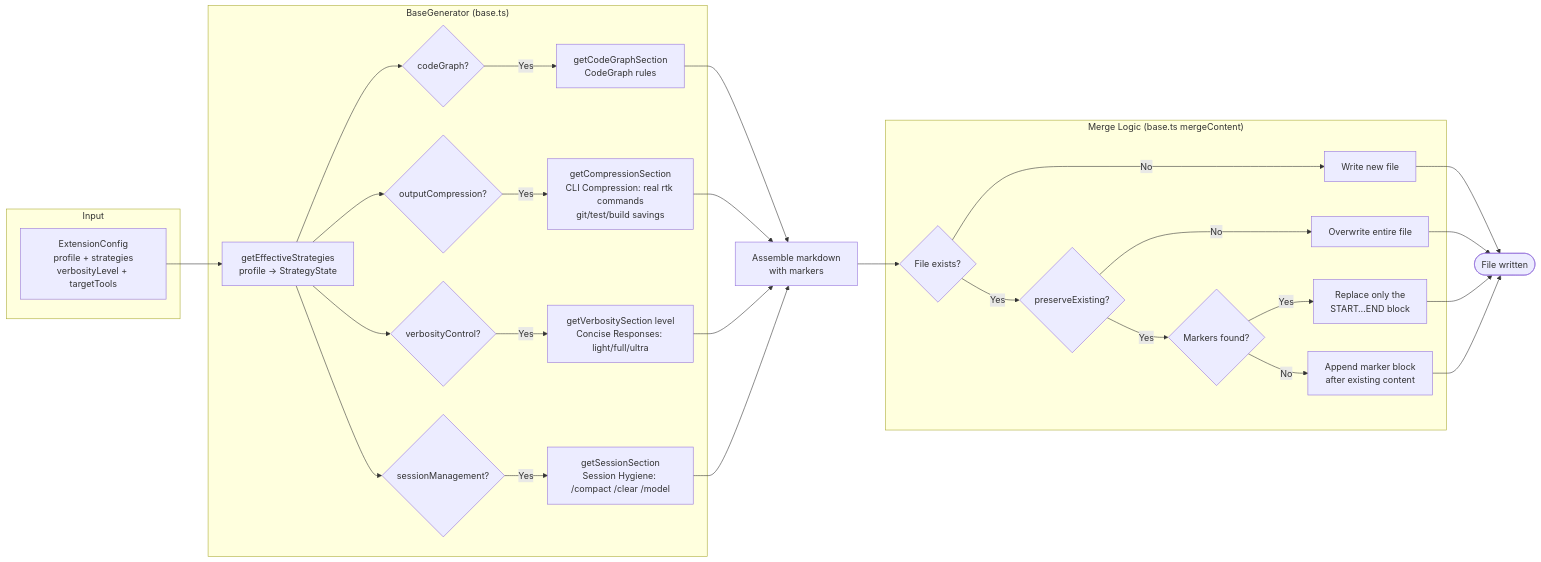
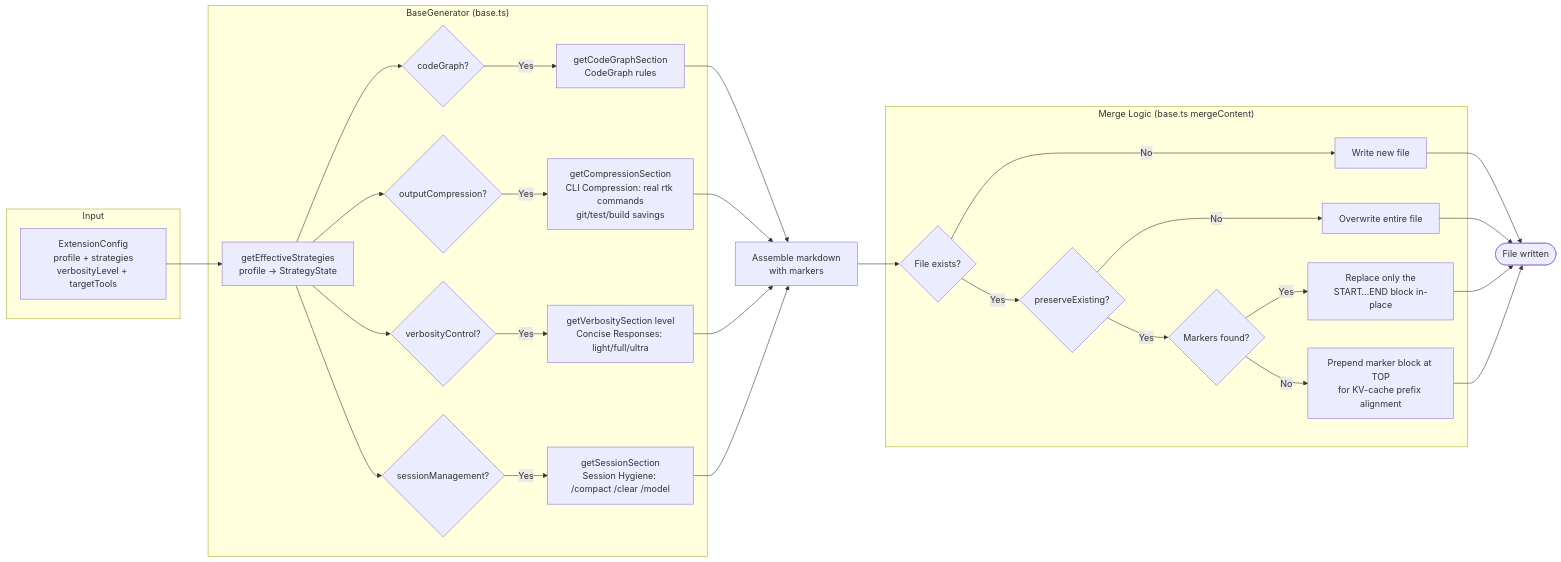
One commit to sarfudheen/tokenshield changed the seventh of 9 diagrams in ARCHITECTURE.md. Above: the diagram before and after it, drawn with Mermaid. The commit also changed other lines of this file and 28 other files, not shown here.

````diff
--- a/ARCHITECTURE.md
+++ b/ARCHITECTURE.md
@@ -361,33 +393,33 @@
 ```mermaid
 flowchart LR
     subgraph Input
         A[ExtensionConfig\nprofile + strategies\nverbosityLevel + targetTools]
     end
 
     subgraph BaseGenerator["BaseGenerator (base.ts)"]
         B[getEffectiveStrategies\nprofile → StrategyState]
         B --> C{codeGraph?}
         B --> D{outputCompression?}
         B --> E{verbosityControl?}
         B --> F{sessionManagement?}
         C -- Yes --> G[getCodeGraphSection\nCodeGraph rules]
         D -- Yes --> H[getCompressionSection\nCLI Compression: real rtk commands\ngit/test/build savings]
         E -- Yes --> I[getVerbositySection level\nConcise Responses: light/full/ultra]
         F -- Yes --> J[getSessionSection\nSession Hygiene: /compact /clear /model]
     end
 
     subgraph MergeLogic["Merge Logic (base.ts mergeContent)"]
         K{File exists?}
         K -- No --> L[Write new file]
         K -- Yes --> M{preserveExisting?}
         M -- No --> N[Overwrite entire file]
         M -- Yes --> O{Markers found?}
-        O -- Yes --> P[Replace only the\nSTART…END block]
-        O -- No --> Q[Append marker block\nafter existing content]
+        O -- Yes --> P[Replace only the\nSTART…END block in-place]
+        O -- No --> Q[Prepend marker block at TOP\nfor KV-cache prefix alignment]
     end
 
     A --> B
     G & H & I & J --> R[Assemble markdown\nwith markers]
     R --> K
     P & Q & L & N --> S([File written])
 ```
````
